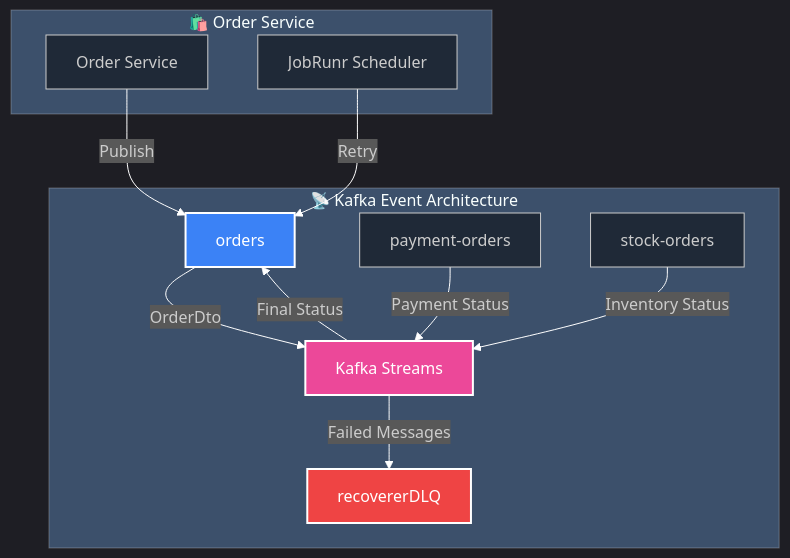
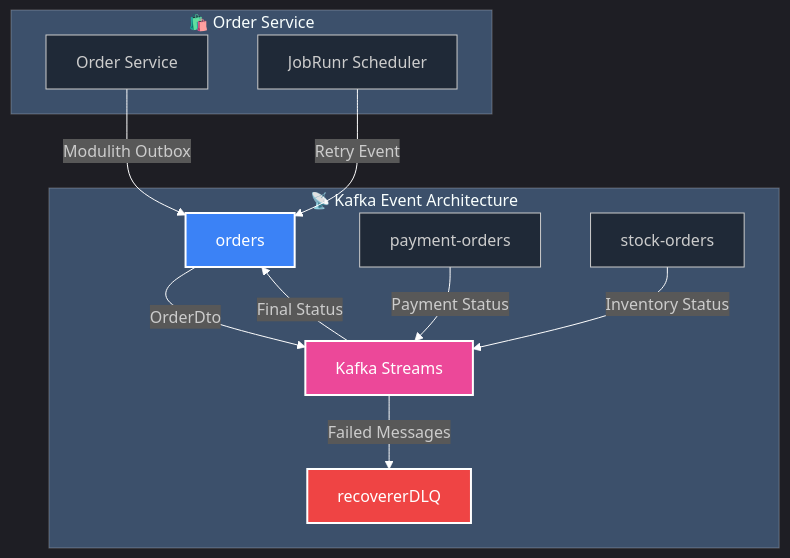
One commit to rajadilipkolli/spring-boot-microservices-series-v2 changed the second of 2 diagrams in order-service/OrderService-Sequence-Diagram.md. Above: the diagram before and after it, drawn with Mermaid. The commit also changed other lines of this file and 51 other files, not shown here.

````diff
--- a/order-service/OrderService-Sequence-Diagram.md
+++ b/order-service/OrderService-Sequence-Diagram.md
@@ -235,20 +235,20 @@
 ```mermaid
 %%{init: {'theme':'dark', 'themeVariables': {'primaryColor':'#1f2937', 'primaryTextColor':'#ffffff', 'primaryBorderColor':'#374151', 'lineColor':'#ffffff', 'sectionBkColor':'#374151', 'altSectionBkColor':'#4b5563', 'gridColor':'#6b7280', 'secondaryColor':'#374151', 'tertiaryColor':'#4b5563', 'background':'#111827', 'mainBkg':'#1f2937', 'secondBkg':'#374151', 'tertiaryBkg':'#4b5563'}}}%%
 graph TB
     subgraph "📡 Kafka Event Architecture"
         O[orders] --> |"OrderDto"| KS[Kafka Streams]
         PO[payment-orders] --> |"Payment Status"| KS
         SO[stock-orders] --> |"Inventory Status"| KS
         KS --> |"Final Status"| O
         KS --> |"Failed Messages"| DLQ[recovererDLQ]
     end
     
     subgraph "🛍️ Order Service"
-        OS[Order Service] --> |"Publish"| O
-        JS[JobRunr Scheduler] --> |"Retry"| O
+        OS[Order Service] --> |"Modulith Outbox"| O
+        JS[JobRunr Scheduler] --> |"Retry Event"| O
     end
     
     style O fill:#3b82f6,stroke:#ffffff,stroke-width:2px,color:#ffffff
     style KS fill:#ec4899,stroke:#ffffff,stroke-width:2px,color:#ffffff
     style DLQ fill:#ef4444,stroke:#ffffff,stroke-width:2px,color:#ffffff
 ```
````
